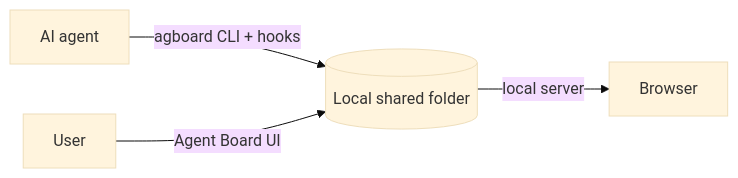
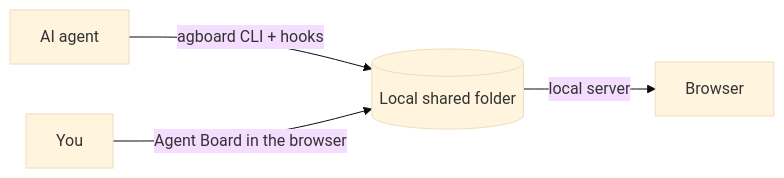
The diagram in docs/guide/index.md (FooQoo/agent-board), drawn with Mermaid (base theme) before and after one commit. The commit also changed other lines of this file and 116 other files, not shown here.

````diff
--- a/docs/guide/index.md
+++ b/docs/guide/index.md
@@ -31,6 +29,6 @@
 ```mermaid
 flowchart LR
     A["AI agent"] -- "agboard CLI + hooks" --> D[("Local shared folder")]
-    U["User"] -- "Agent Board UI" --> D
+    U["You"] -- "Agent Board in the browser" --> D
     D -- "local server" --> B["Browser"]
 ```
````
